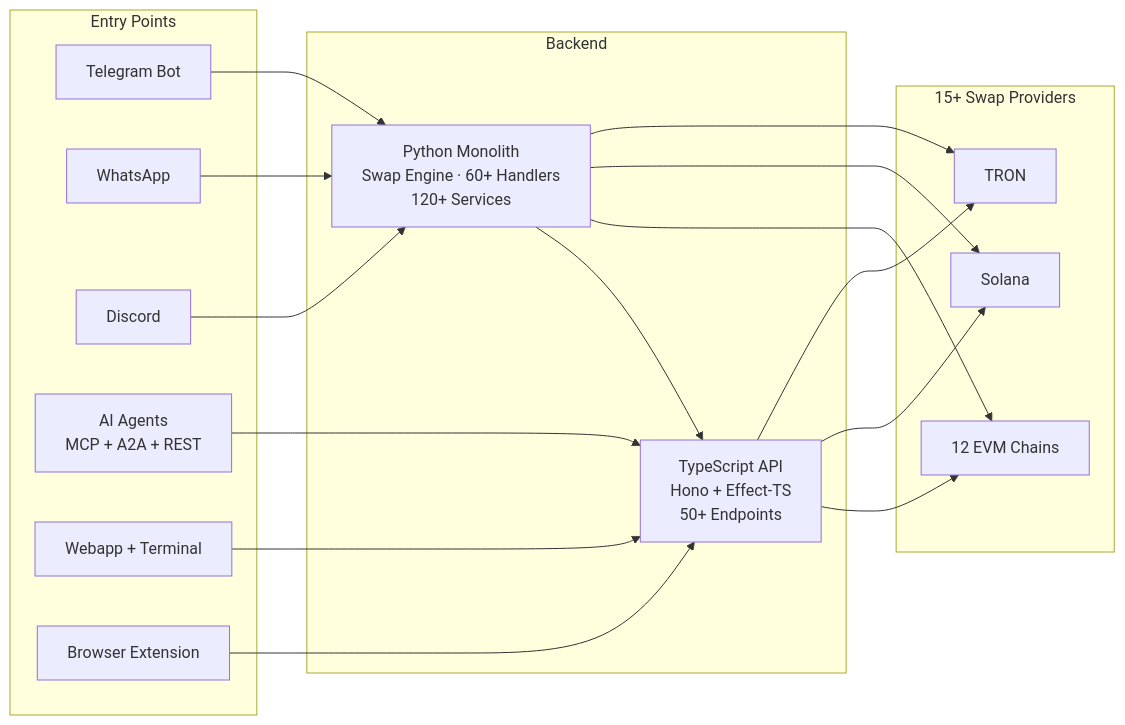
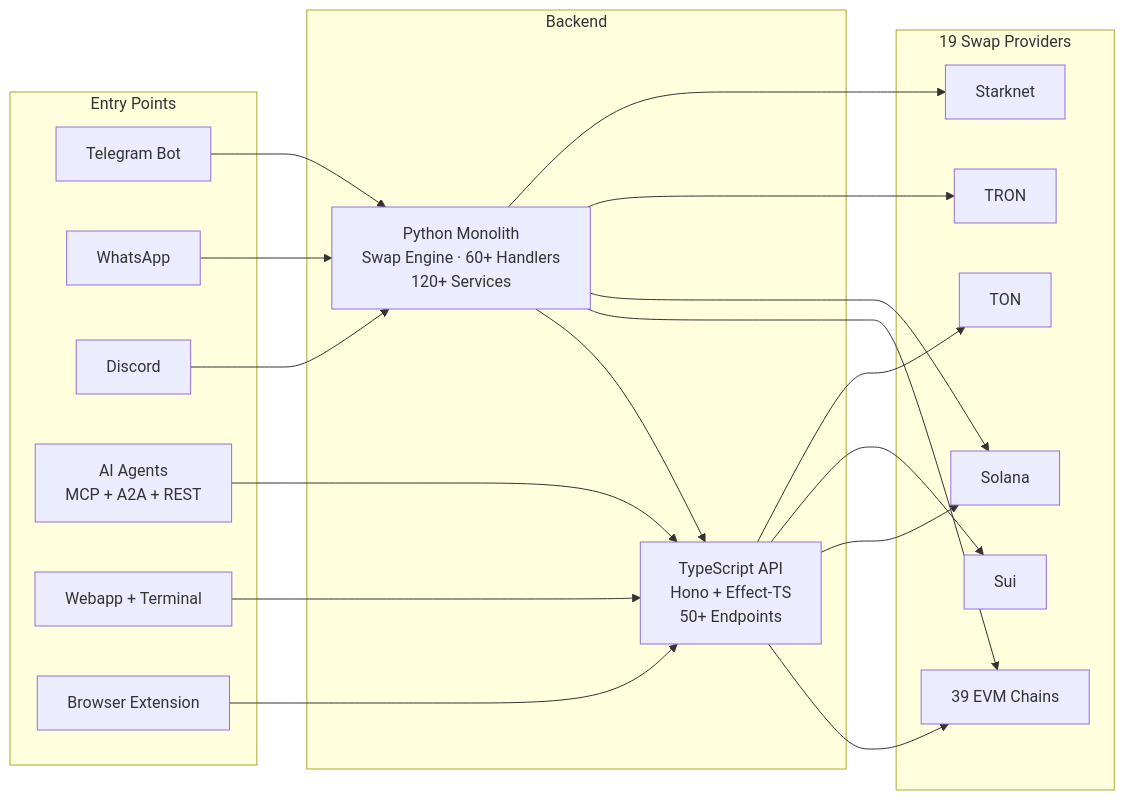
The diagram in README.md (0xSoftBoi/suwappubot), drawn with Mermaid before and after one commit. The commit also changed other lines of this file and 1 other file, not shown here.

````diff
--- a/README.md
+++ b/README.md
@@ -99,28 +101,31 @@
 ```mermaid
 flowchart LR
     subgraph Clients["Entry Points"]
         TG["Telegram Bot"]
         WA["WhatsApp"]
         DC["Discord"]
         AI["AI Agents\nMCP + A2A + REST"]
         Web["Webapp + Terminal"]
         Ext["Browser Extension"]
     end
 
     subgraph Backend["Backend"]
         Bot["Python Monolith\nSwap Engine · 60+ Handlers\n120+ Services"]
         API["TypeScript API\nHono + Effect-TS\n50+ Endpoints"]
     end
 
-    subgraph Providers["15+ Swap Providers"]
-        EVM["12 EVM Chains"]
+    subgraph Providers["19 Swap Providers"]
+        EVM["39 EVM Chains"]
         SOL["Solana"]
         TRON["TRON"]
+        STARK["Starknet"]
+        SUI["Sui"]
+        TON["TON"]
     end
 
     TG & WA & DC --> Bot
     AI & Web & Ext --> API
     Bot --> API
-    API --> EVM & SOL & TRON
-    Bot --> EVM & SOL & TRON
+    API --> EVM & SOL & SUI & TON
+    Bot --> EVM & SOL & TRON & STARK
 ```
````
